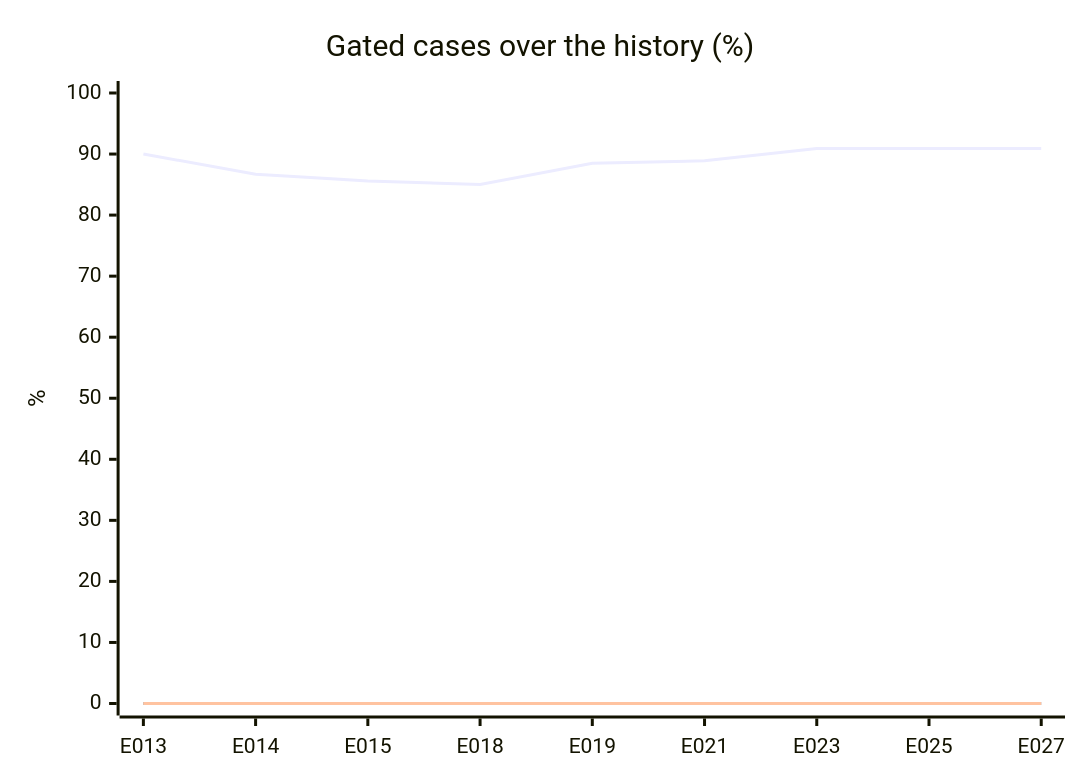
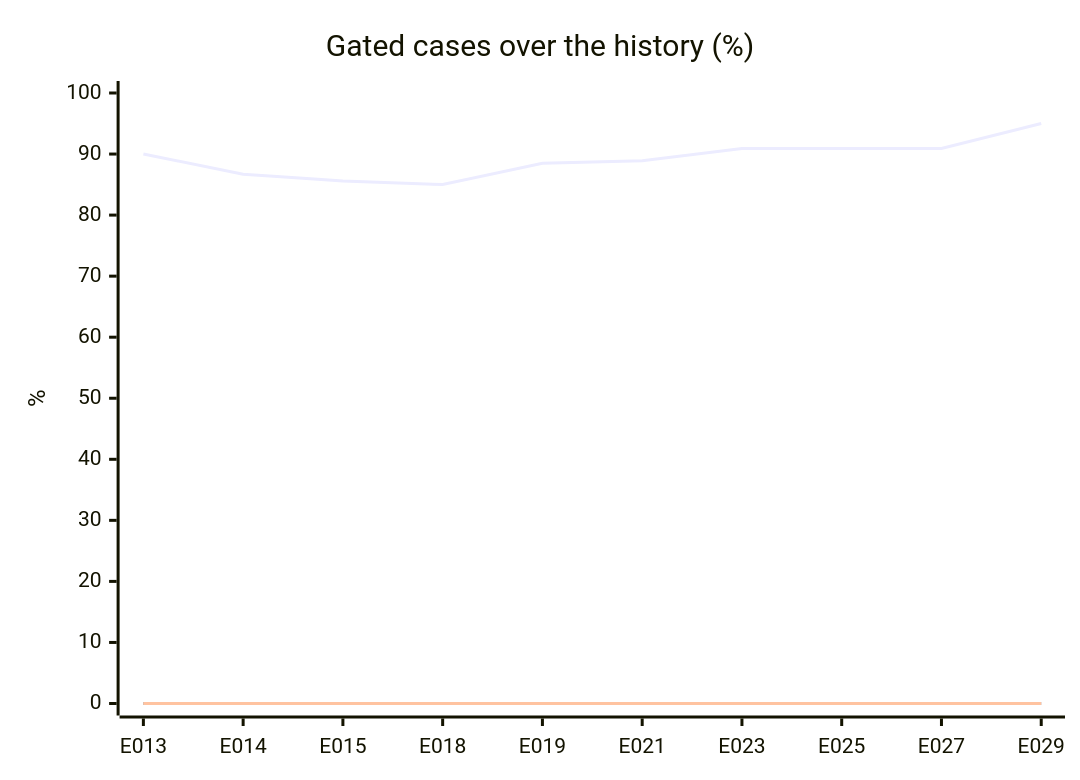
One commit to acarbonellb/anti-fraud-agent changed the first of 2 diagrams in evals/report.md. Above: the diagram before and after it, drawn with Mermaid. The commit also changed other lines of this file and 128 other files, not shown here.

````diff
--- a/evals/report.md
+++ b/evals/report.md
@@ -52,9 +55,9 @@
 ```mermaid
 xychart-beta
   title "Gated cases over the history (%)"
-  x-axis [E013, E014, E015, E018, E019, E021, E023, E025, E027]
+  x-axis [E013, E014, E015, E018, E019, E021, E023, E025, E027, E029]
   y-axis "%" 0 --> 100
-  line [90, 86.7, 85.6, 85, 88.5, 88.9, 90.9, 90.9, 90.9]
-  line [0, 0, 0, 0, 0, 0, 0, 0, 0]
-  line [0, 0, 0, 0, 0, 0, 0, 0, 0]
+  line [90, 86.7, 85.6, 85, 88.5, 88.9, 90.9, 90.9, 90.9, 95]
+  line [0, 0, 0, 0, 0, 0, 0, 0, 0, 0]
+  line [0, 0, 0, 0, 0, 0, 0, 0, 0, 0]
 ```
````
